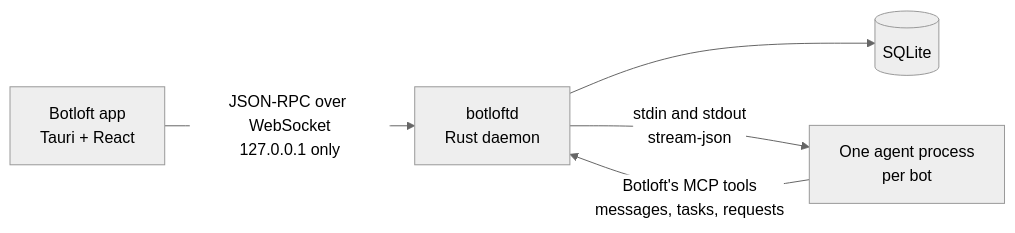
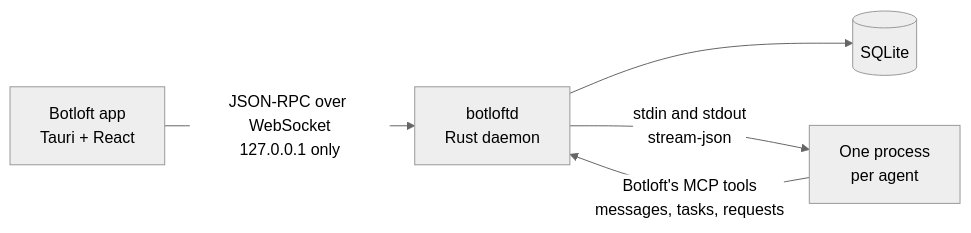
One commit to httpsphl/botloft changed the diagram in README.md. Above: the diagram before and after it, drawn with Mermaid (neutral theme). The commit also changed other lines of this file and 4 other files, not shown here.

First line of the commit message:
docs: describe Botloft as AI agents that stay on and work together

````diff
--- a/README.md
+++ b/README.md
@@ -160,7 +160,7 @@
 ```mermaid
 flowchart LR
   app["Botloft app<br/>Tauri + React"] -- "JSON-RPC over WebSocket<br/>127.0.0.1 only" --> daemon["botloftd<br/>Rust daemon"]
   daemon --> db[("SQLite")]
-  daemon -- "stdin and stdout<br/>stream-json" --> bots["One agent process<br/>per bot"]
-  bots -- "Botloft's MCP tools<br/>messages, tasks, requests" --> daemon
+  daemon -- "stdin and stdout<br/>stream-json" --> agents["One process<br/>per agent"]
+  agents -- "Botloft's MCP tools<br/>messages, tasks, requests" --> daemon
 ```
````
